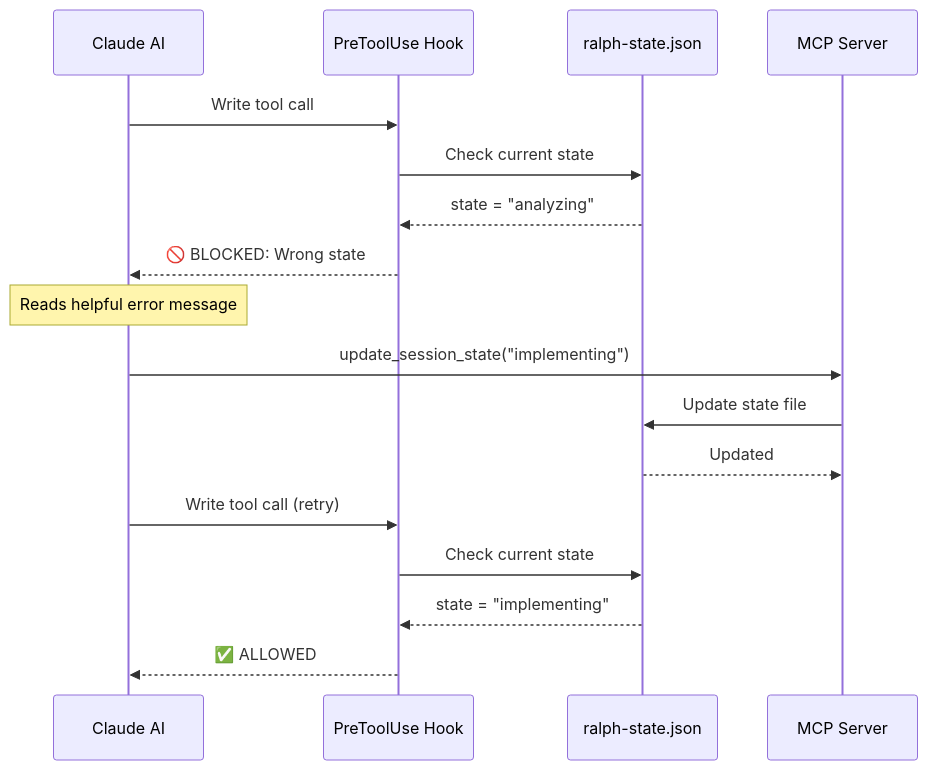
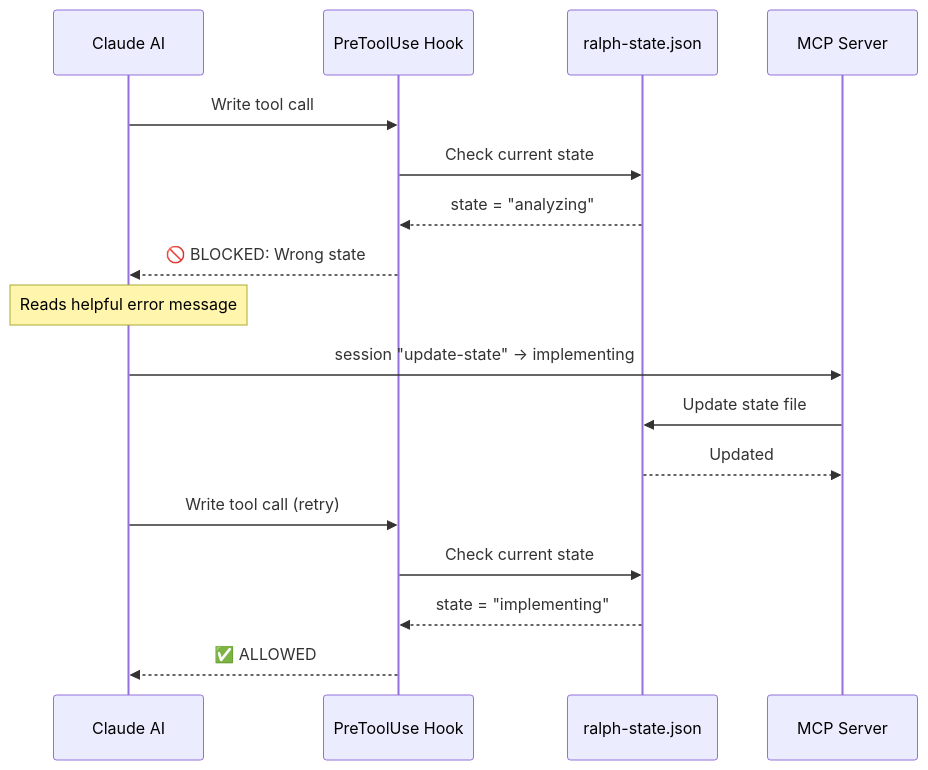
Before and after one commit to salmanrrana/brain-dump: the third of 9 diagrams in docs/flows/ralph-workflow.md, drawn with Mermaid. The commit also changed other lines of this file and 203 other files, not shown here.

````diff
--- a/docs/flows/ralph-workflow.md
+++ b/docs/flows/ralph-workflow.md
@@ -159,23 +159,23 @@
 ```mermaid
 sequenceDiagram
     participant Claude as Claude AI
     participant Hook as PreToolUse Hook
     participant State as ralph-state.json
     participant MCP as MCP Server
 
     Claude->>Hook: Write tool call
     Hook->>State: Check current state
     State-->>Hook: state = "analyzing"
     Hook-->>Claude: 🚫 BLOCKED: Wrong state
 
     Note over Claude: Reads helpful error message
 
-    Claude->>MCP: update_session_state("implementing")
+    Claude->>MCP: session "update-state" → implementing
     MCP->>State: Update state file
     State-->>MCP: Updated
 
     Claude->>Hook: Write tool call (retry)
     Hook->>State: Check current state
     State-->>Hook: state = "implementing"
     Hook-->>Claude: ✅ ALLOWED
 ```
````
